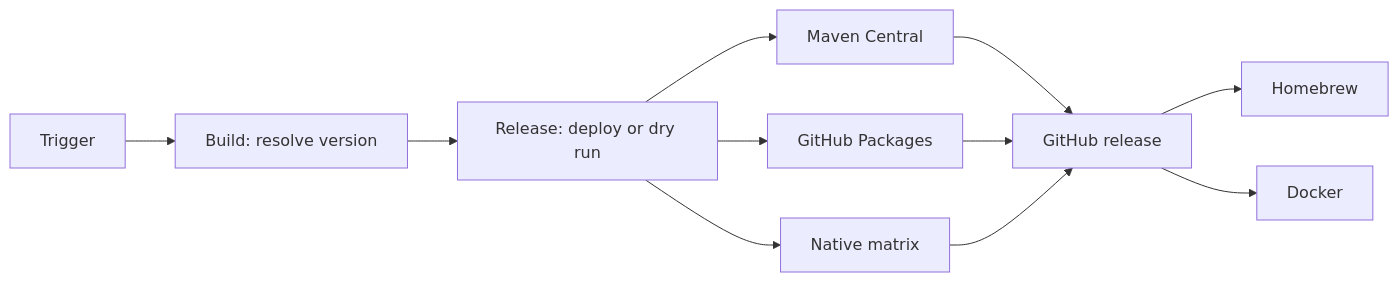
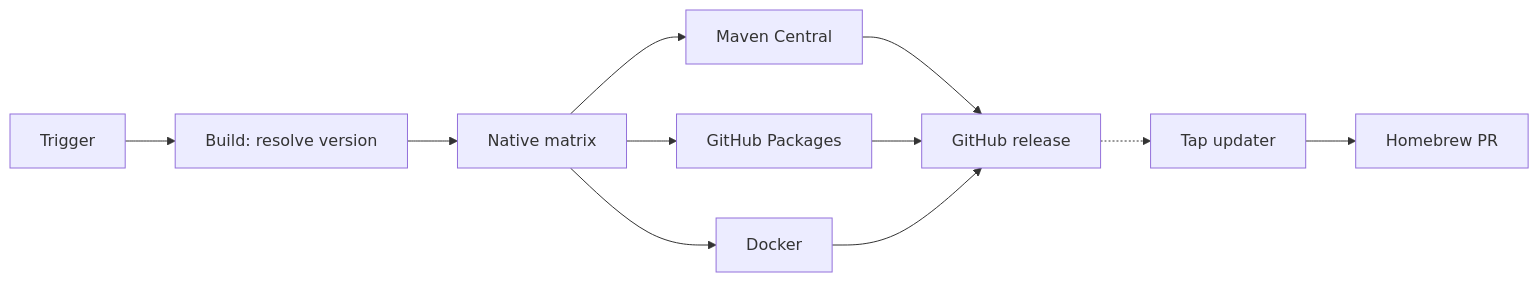
Before and after one commit to YunaBraska/YunaBraska: the diagram in JAVA_CI_CD.md, drawn with Mermaid. The commit also changed other lines of this file and 1 other file, not shown here.

Commit message:
ci: move Homebrew updates to tap

````diff
--- a/JAVA_CI_CD.md
+++ b/JAVA_CI_CD.md
@@ -5,13 +5,13 @@
 ```mermaid
 flowchart LR
   A[Trigger] --> B[Build: resolve version]
-  B --> C[Release: deploy or dry run]
-  C --> D[Maven Central]
-  C --> E[GitHub Packages]
-  C --> N[Native matrix]
+  B --> N[Native matrix]
+  N --> D[Maven Central]
+  N --> E[GitHub Packages]
+  N --> H[Docker]
   D --> F[GitHub release]
   E --> F
-  N --> F
-  F --> G[Homebrew]
-  F --> H[Docker]
+  H --> F
+  F -.-> G[Tap updater]
+  G --> I[Homebrew PR]
 ```
````
